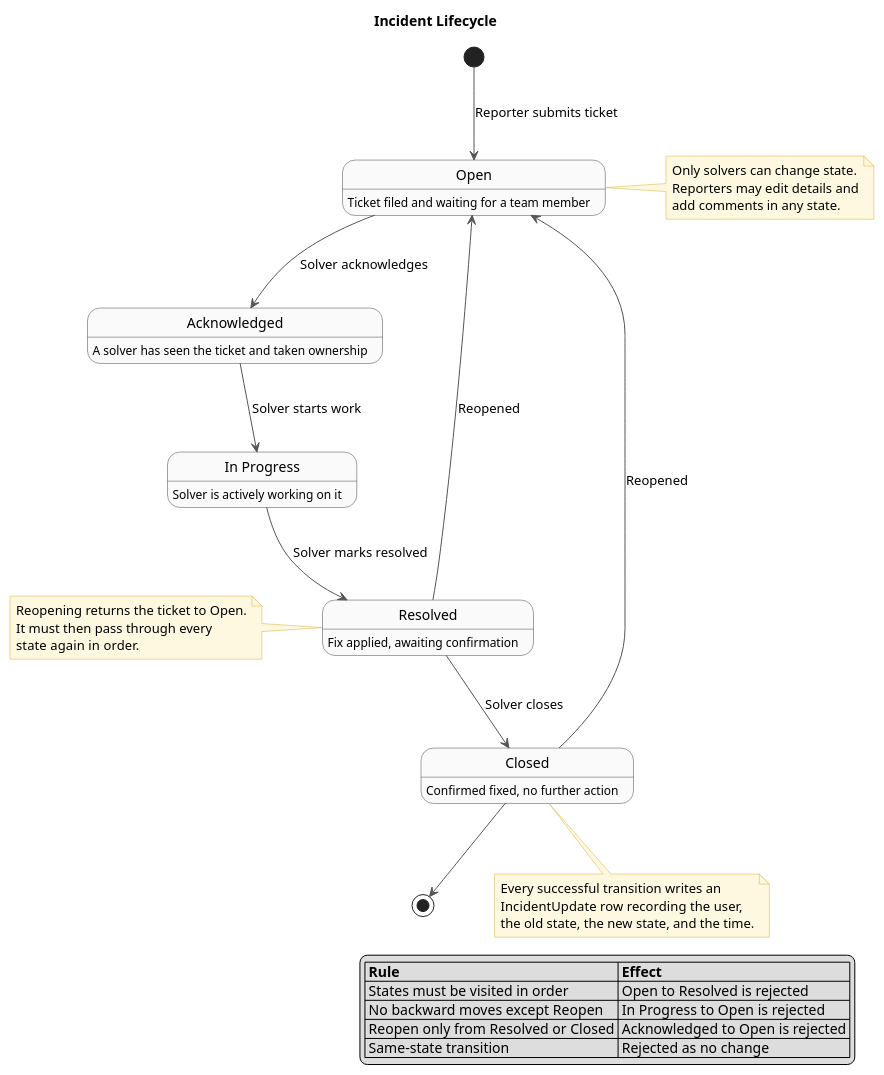
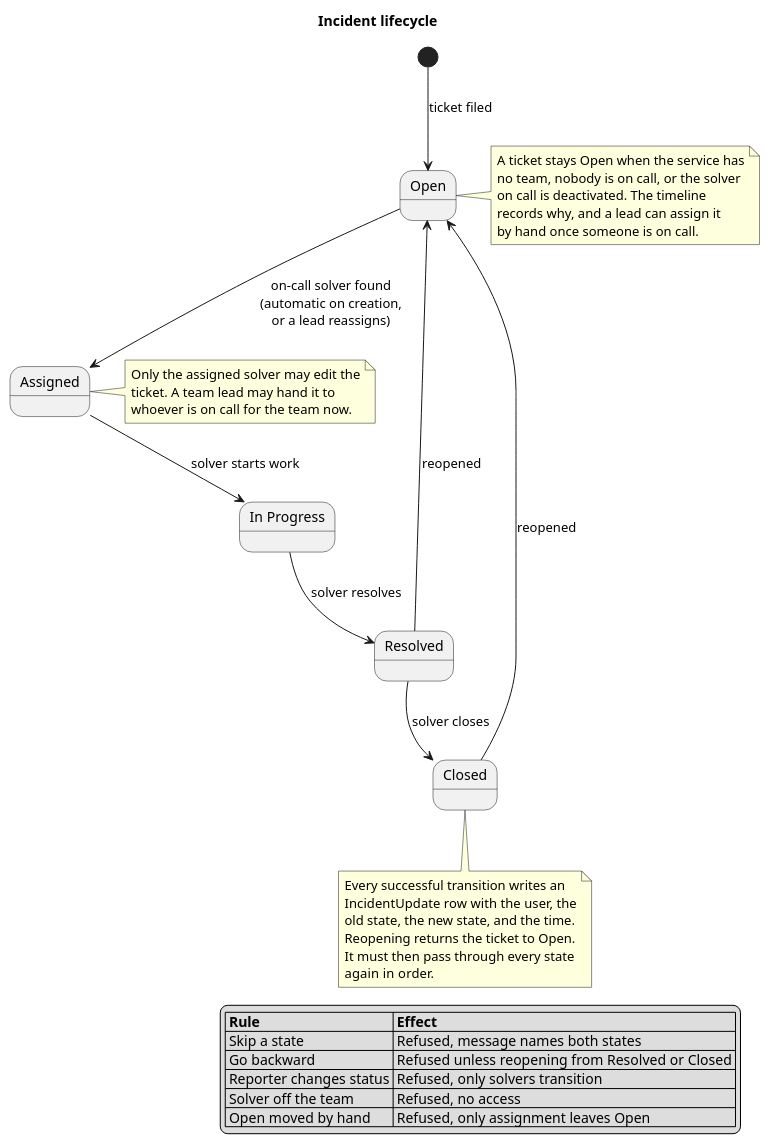
Before and after one commit to ZiedRbd/COSC-3339-Fall-2026-Term-Project: the diagram in docs/incident-state-machine.puml, drawn with PlantUML. The commit also changed 6 other files, not shown here.

Commit message:
Seed a service with no owning team; bring README and diagrams up to Sprint 3

```diff
--- a/docs/incident-state-machine.puml
+++ b/docs/incident-state-machine.puml
@@ -1,69 +1,46 @@
-@startuml Incident State Machine
-skinparam nodesep 60
-skinparam ranksep 70
-skinparam shadowing false
-skinparam state {
-  BackgroundColor #FAFAFA
-  BorderColor #444444
-  FontName Helvetica
-  ArrowColor #555555
-}
-skinparam noteBackgroundColor #FFF8E1
-skinparam noteBorderColor #D4AF37
+@startuml
+title Incident lifecycle
 
-title Incident Lifecycle
+[*] --> Open : ticket filed
 
-[*] --> Open : Reporter submits ticket
+state "In Progress" as InProgress
 
-Open --> Acknowledged : Solver acknowledges
-Acknowledged --> InProgress : Solver starts work
-InProgress --> Resolved : Solver marks resolved
-Resolved --> Closed : Solver closes
-Resolved --> Open : Reopened
-Closed --> Open : Reopened
-
-Closed --> [*]
-
-state Open {
-  Open : Ticket filed and waiting for a team member
-}
-state Acknowledged {
-  Acknowledged : A solver has seen the ticket and taken ownership
-}
-state "In Progress" as InProgress {
-  InProgress : Solver is actively working on it
-}
-state Resolved {
-  Resolved : Fix applied, awaiting confirmation
-}
-state Closed {
-  Closed : Confirmed fixed, no further action
-}
+Open --> Assigned : on-call solver found\n(automatic on creation,\nor a lead reassigns)
+Assigned --> InProgress : solver starts work
+InProgress --> Resolved : solver resolves
+Resolved --> Closed : solver closes
+Resolved --> Open : reopened
+Closed --> Open : reopened
 
 note right of Open
-  Only solvers can change state.
-  Reporters may edit details and
-  add comments in any state.
+  A ticket stays Open when the service has
+  no team, nobody is on call, or the solver
+  on call is deactivated. The timeline
+  records why, and a lead can assign it
+  by hand once someone is on call.
+end note
+
+note right of Assigned
+  Only the assigned solver may edit the
+  ticket. A team lead may hand it to
+  whoever is on call for the team now.
 end note
 
 note bottom of Closed
   Every successful transition writes an
-  IncidentUpdate row recording the user,
-  the old state, the new state, and the time.
-end note
-
-note left of Resolved
+  IncidentUpdate row with the user, the
+  old state, the new state, and the time.
   Reopening returns the ticket to Open.
-  It must then pass through every
-  state again in order.
+  It must then pass through every state
+  again in order.
 end note
 
 legend right
   |= Rule |= Effect |
-  | States must be visited in order | Open to Resolved is rejected |
-  | No backward moves except Reopen | In Progress to Open is rejected |
-  | Reopen only from Resolved or Closed | Acknowledged to Open is rejected |
-  | Same-state transition | Rejected as no change |
+  | Skip a state | Refused, message names both states |
+  | Go backward | Refused unless reopening from Resolved or Closed |
+  | Reporter changes status | Refused, only solvers transition |
+  | Solver off the team | Refused, no access |
+  | Open moved by hand | Refused, only assignment leaves Open |
 endlegend
-
 @enduml
```
